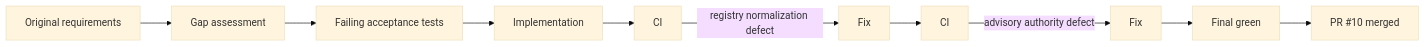
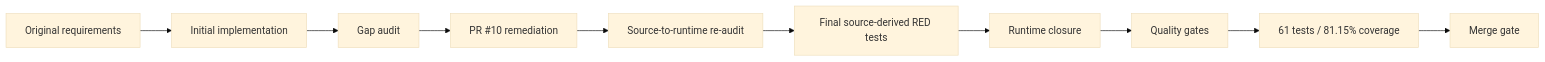
Before and after one commit to mkleinbe/mesh-ai-agent-cos-universe: the diagram in docs/pressure-test.md, drawn with Mermaid (base theme). The commit also changed other lines of this file, not shown here.

Commit message:
docs: record final source-to-runtime pressure test

````diff
--- a/docs/pressure-test.md
+++ b/docs/pressure-test.md
@@ -15,12 +7,12 @@
 ```mermaid
 flowchart LR
-    A[Original requirements] --> G[Gap assessment]
-    G --> T[Failing acceptance tests]
-    T --> I[Implementation]
-    I --> CI[CI]
-    CI -->|registry normalization defect| F1[Fix]
-    F1 --> CI2[CI]
-    CI2 -->|advisory authority defect| F2[Fix]
-    F2 --> PASS[Final green]
-    PASS --> M[PR #10 merged]
+    R[Original requirements] --> I[Initial implementation]
+    I --> A1[Gap audit]
+    A1 --> P10[PR #10 remediation]
+    P10 --> A2[Source-to-runtime re-audit]
+    A2 --> RED[Final source-derived RED tests]
+    RED --> GREEN[Runtime closure]
+    GREEN --> Q[Quality gates]
+    Q --> PASS[61 tests / 81.15% coverage]
+    PASS --> MERGE[Merge gate]
 ```
````
